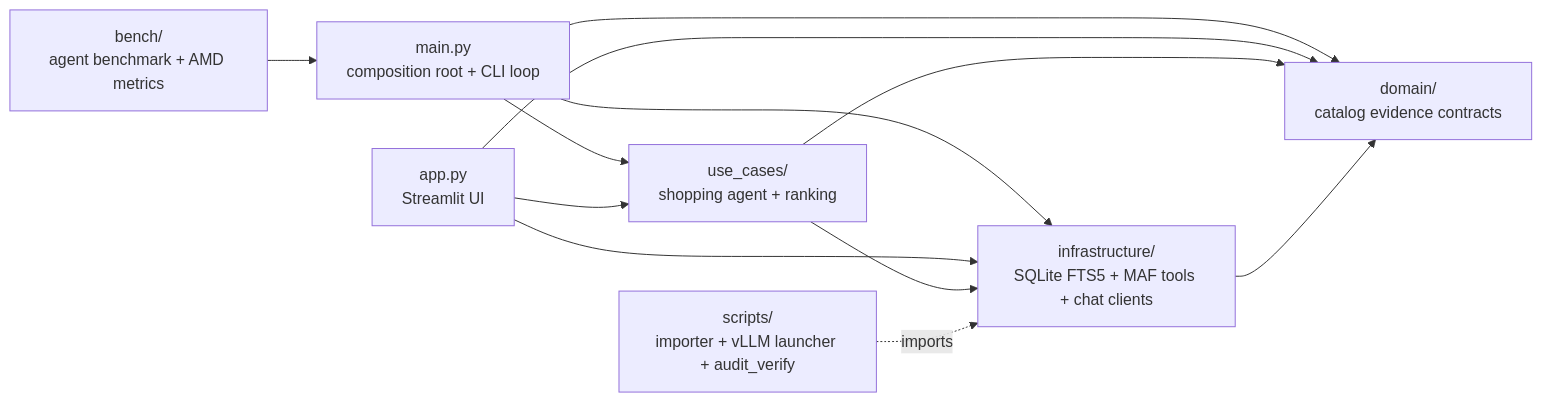
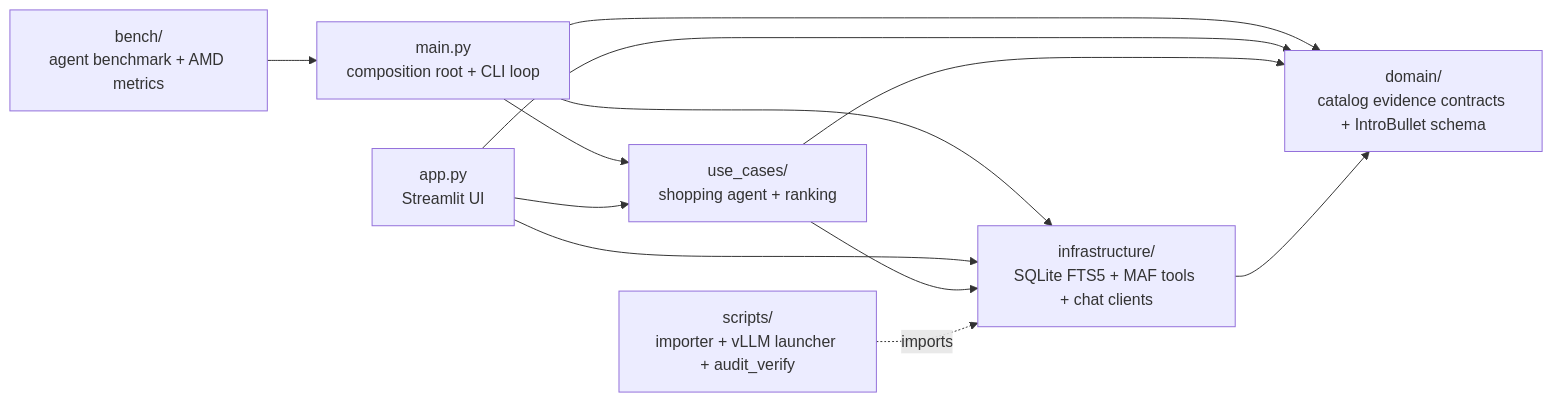
One commit to rajasingh012/retail-concierge changed the first of 5 diagrams in architecture.md. Above: the diagram before and after it, drawn with Mermaid. The commit also changed other lines of this file, not shown here.

First line of the commit message:
docs(architecture): align with session.state refactor and IntroBullet schema

````diff
--- a/architecture.md
+++ b/architecture.md
@@ -5,22 +5,22 @@
 ```mermaid
 graph LR
-  domain["domain/<br/>catalog evidence contracts"]
+  domain["domain/<br/>catalog evidence contracts + IntroBullet schema"]
   use_cases["use_cases/<br/>shopping agent + ranking"]
   infra["infrastructure/<br/>SQLite FTS5 + MAF tools + chat clients"]
   scripts["scripts/<br/>importer + vLLM launcher + audit_verify"]
   bench["bench/<br/>agent benchmark + AMD metrics"]
   main["main.py<br/>composition root + CLI loop"]
   app["app.py<br/>Streamlit UI"]
 
   main --> infra
   main --> use_cases
   main --> domain
   app --> infra
   app --> use_cases
   app --> domain
   use_cases --> infra
   use_cases --> domain
   infra --> domain
   bench --> main
   scripts -.imports.-> infra
 ```
````
